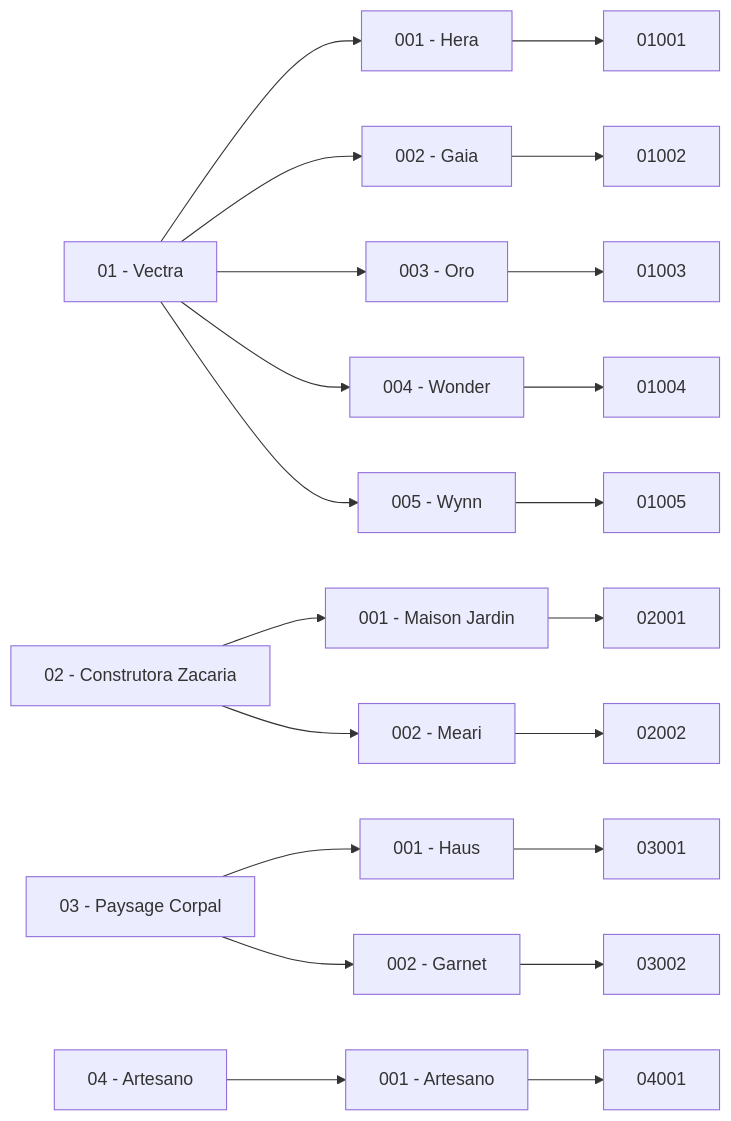
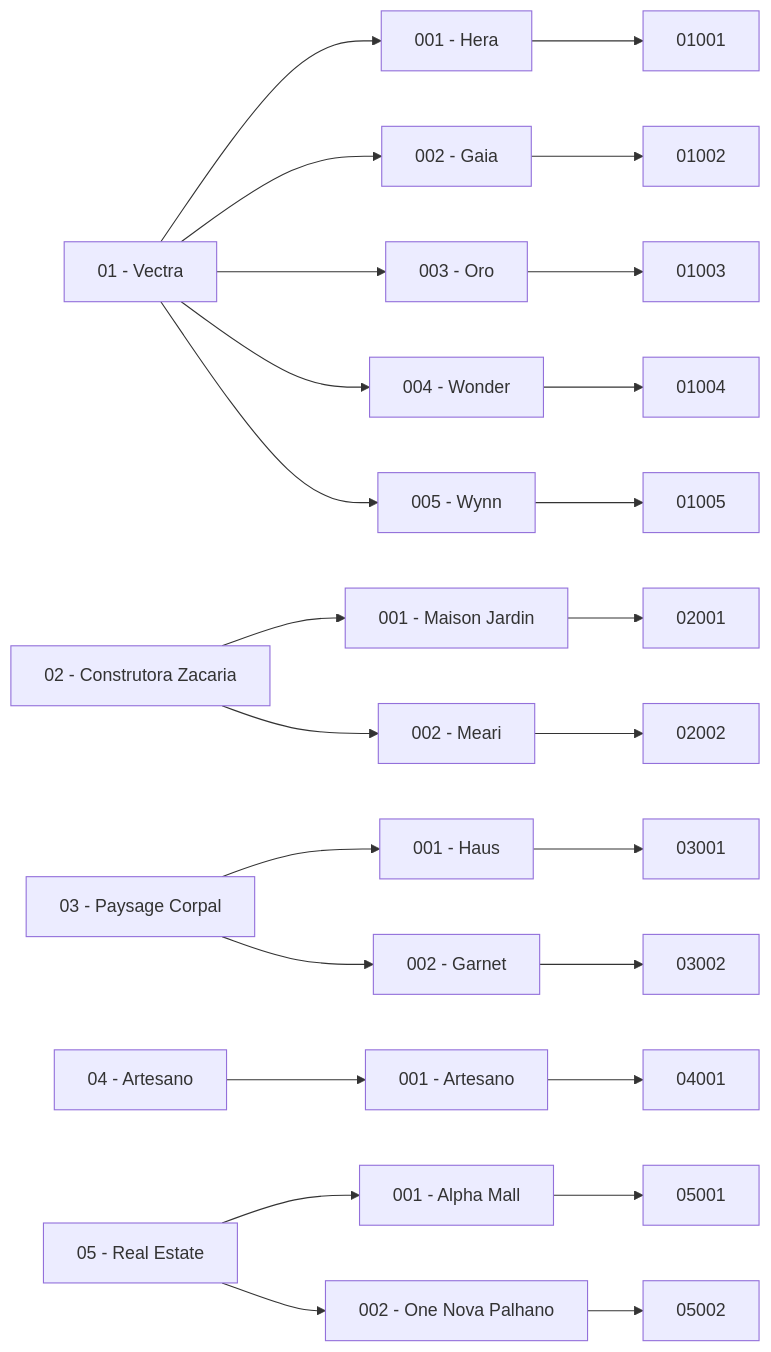
The third of 3 diagrams in readme.md (leadzsoftware/cmsouza), drawn with Mermaid before and after one commit. The commit also changed other lines of this file, not shown here.

````diff
--- a/readme.md
+++ b/readme.md
@@ -264,17 +267,20 @@
 ```mermaid
 flowchart LR
     A["01 - Vectra"] --> A1["001 - Hera"] & A2["002 - Gaia"] & A3["003 - Oro"] & A4["004 - Wonder"] & A5["005 - Wynn"]
     B["02 - Construtora Zacaria"] --> B1["001 - Maison Jardin"] & B2["002 - Meari"]
     C["03 - Paysage Corpal"] --> C1["001 - Haus"] & C2["002 - Garnet"]
     D["04 - Artesano"] --> D1["001 - Artesano"]
+    E["05 - Real Estate"] --> E1["001 - Alpha Mall"] & E2["002 - One Nova Palhano"]
     A1 --> nv["01001"]
     A2 --> n0["01002"]
     A3 --> nt["01003"]
     A4 --> nf["01004"]
     A5 --> nh["01005"]
     B1 --> nn["02001"]
     B2 --> nl["02002"]
     C1 --> nk["03001"]
     C2 --> n9["03002"]
     D1 --> nq["04001"]
+    E1 --> nr["05001"]
+    E2 --> ns["05002"]
 ```
````
